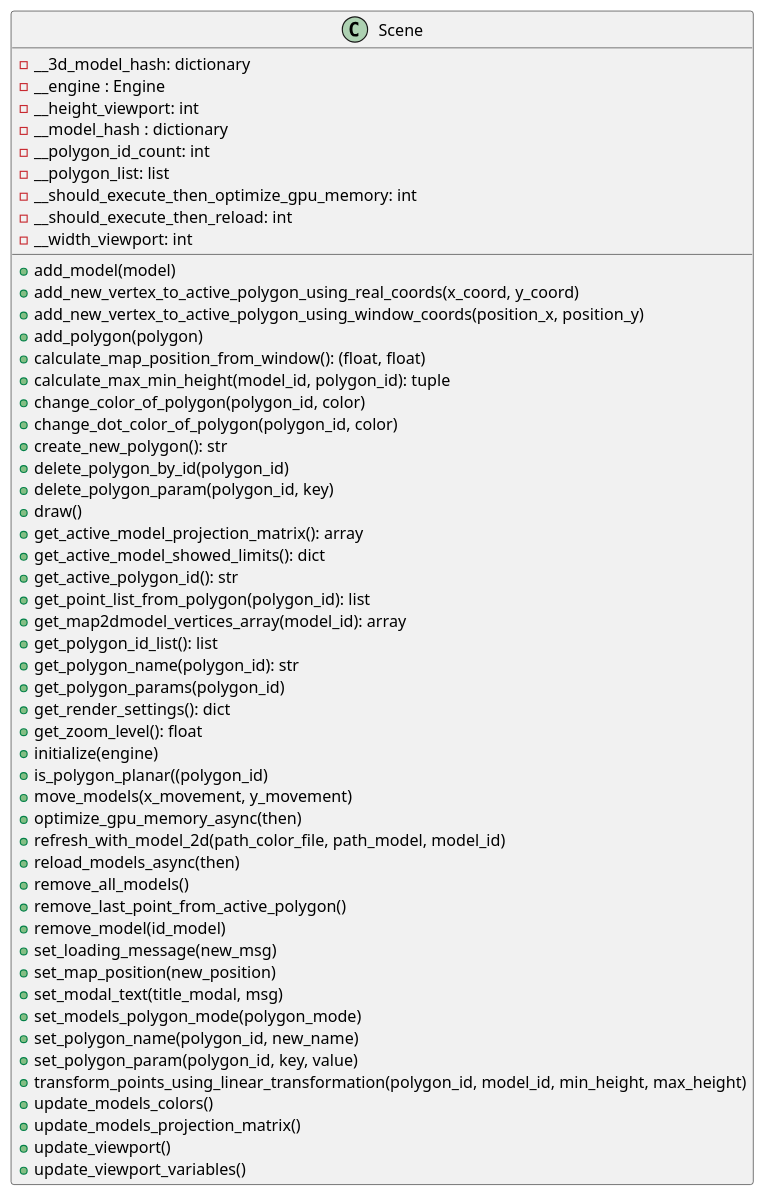
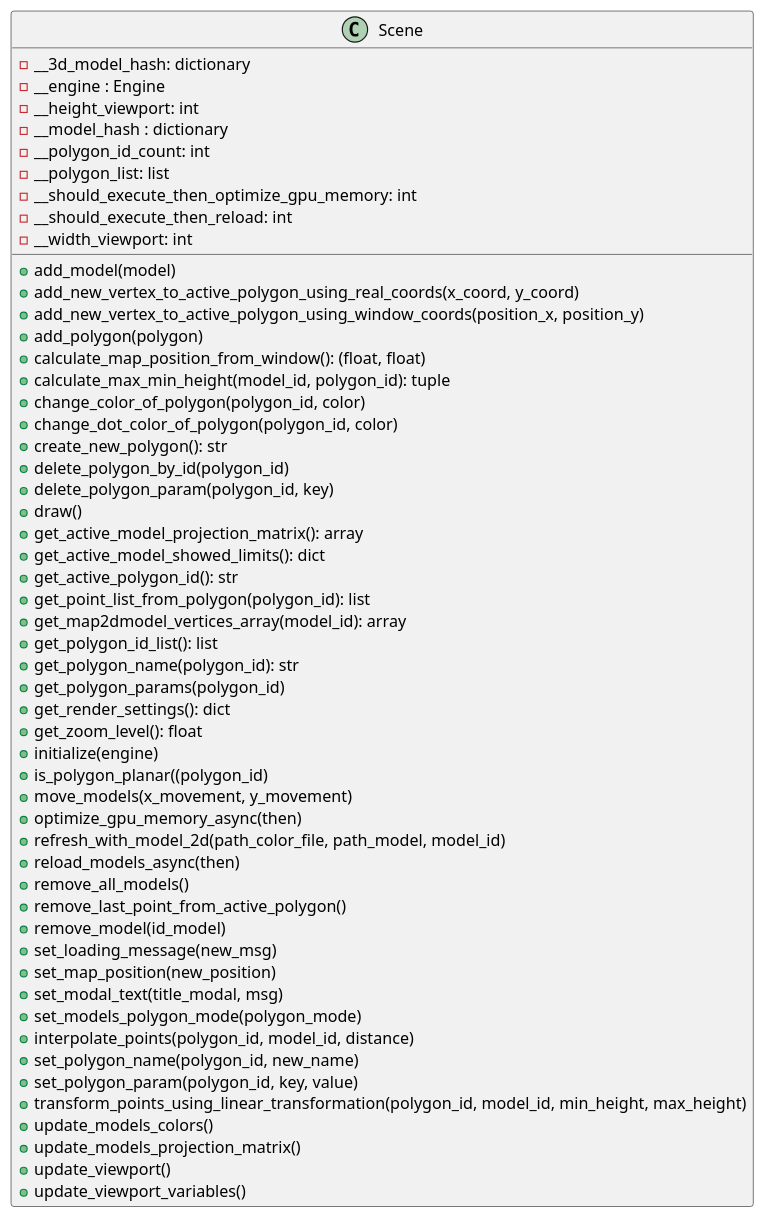
One commit to ferpoble2/Relief_Creator changed the diagram in docs/classes/Scene.puml. Above: the diagram before and after it, drawn with PlantUML. The commit also changed 8 other files, not shown here.

```diff
--- a/docs/classes/Scene.puml
+++ b/docs/classes/Scene.puml
@@ -1,57 +1,58 @@
 @startuml
             class Scene{
                 + add_model(model)
                 + add_new_vertex_to_active_polygon_using_real_coords(x_coord, y_coord)
                 + add_new_vertex_to_active_polygon_using_window_coords(position_x, position_y)
                 + add_polygon(polygon)
                 + calculate_map_position_from_window(): (float, float)
                 + calculate_max_min_height(model_id, polygon_id): tuple
                 + change_color_of_polygon(polygon_id, color)
                 + change_dot_color_of_polygon(polygon_id, color)
                 + create_new_polygon(): str
                 + delete_polygon_by_id(polygon_id)
                 + delete_polygon_param(polygon_id, key)
                 + draw()
                 + get_active_model_projection_matrix(): array
                 + get_active_model_showed_limits(): dict
                 + get_active_polygon_id(): str
                 + get_point_list_from_polygon(polygon_id): list
                 + get_map2dmodel_vertices_array(model_id): array
                 + get_polygon_id_list(): list
                 + get_polygon_name(polygon_id): str
                 + get_polygon_params(polygon_id)
                 + get_render_settings(): dict
                 + get_zoom_level(): float
                 + initialize(engine)
                 + is_polygon_planar((polygon_id)
                 + move_models(x_movement, y_movement)
                 + optimize_gpu_memory_async(then)
                 + refresh_with_model_2d(path_color_file, path_model, model_id)
                 + reload_models_async(then)
                 + remove_all_models()
                 + remove_last_point_from_active_polygon()
                 + remove_model(id_model)
                 + set_loading_message(new_msg)
                 + set_map_position(new_position)
                 + set_modal_text(title_modal, msg)
                 + set_models_polygon_mode(polygon_mode)
+                + interpolate_points(polygon_id, model_id, distance)
                 + set_polygon_name(polygon_id, new_name)
                 + set_polygon_param(polygon_id, key, value)
                 + transform_points_using_linear_transformation(polygon_id, model_id, min_height, max_height)
                 + update_models_colors()
                 + update_models_projection_matrix()
                 + update_viewport()
                 + update_viewport_variables()
 
                 - __3d_model_hash: dictionary
                 - __engine : Engine
                 - __height_viewport: int
                 - __model_hash : dictionary
                 - __polygon_id_count: int
                 - __polygon_list: list
                 - __should_execute_then_optimize_gpu_memory: int
                 - __should_execute_then_reload: int
                 - __width_viewport: int
             }
 
 @enduml
```
